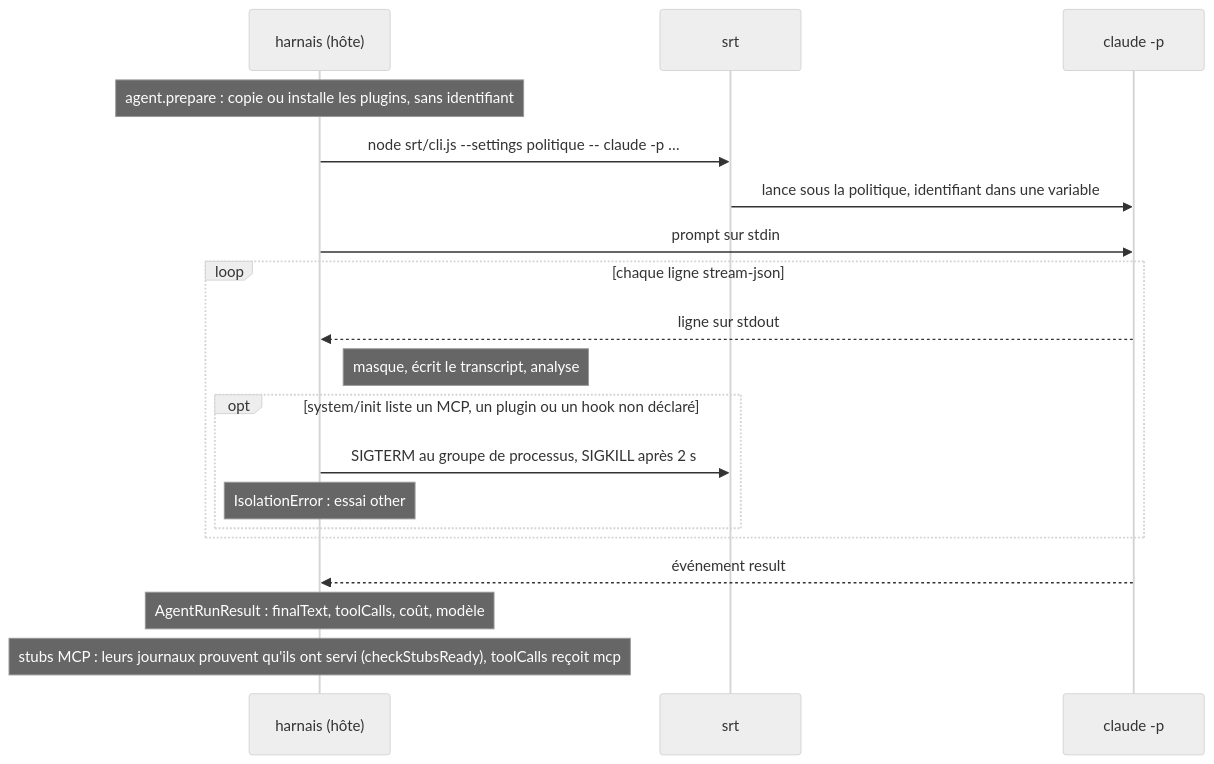
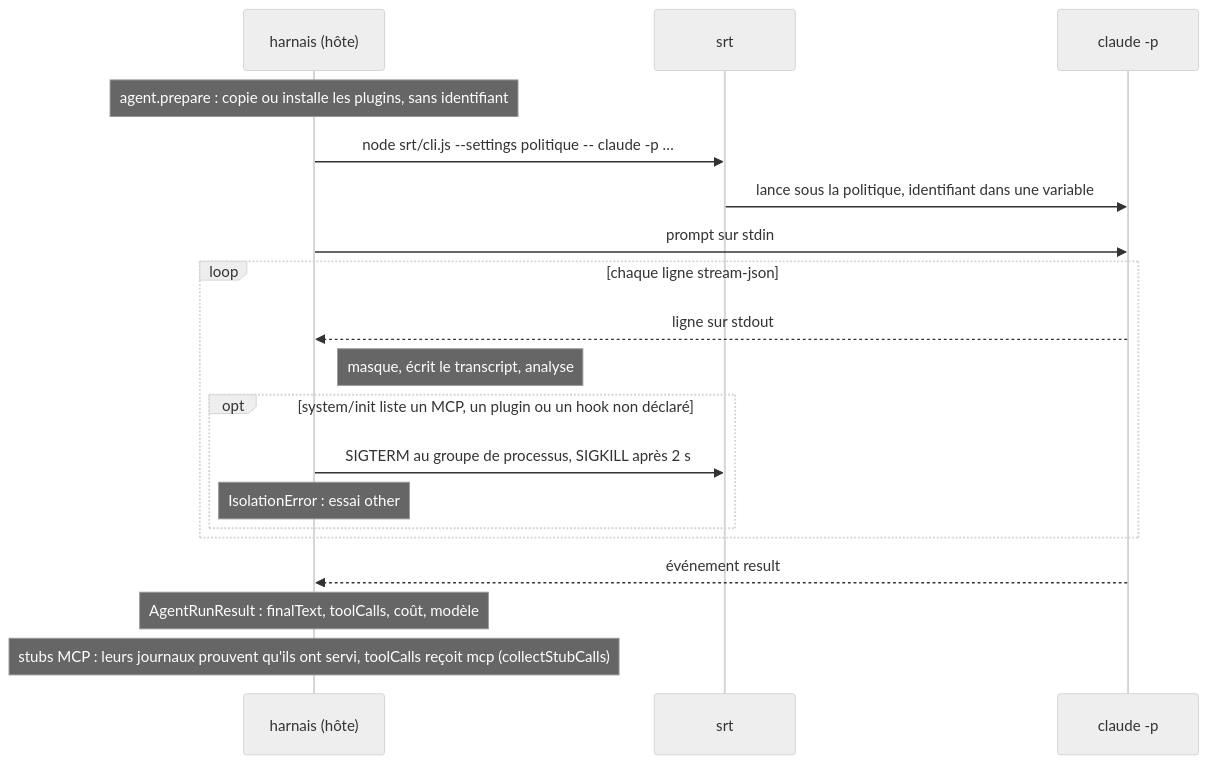
Before and after one commit to Luce-Florian/proctor: the second of 2 diagrams in docs/fr/agents/claude-code/index.md, drawn with Mermaid (neutral theme). The commit also changed 12 other files, not shown here.

First line of the commit message:
docs: MCP stubs

````diff
--- a/docs/fr/agents/claude-code/index.md
+++ b/docs/fr/agents/claude-code/index.md
@@ -16,21 +16,21 @@
 ```mermaid
 sequenceDiagram
     participant H as harnais (hôte)
     participant S as srt
     participant C as claude -p
     Note over H: agent.prepare : copie ou installe les plugins, sans identifiant
     H->>S: node srt/cli.js --settings politique -- claude -p …
     S->>C: lance sous la politique, identifiant dans une variable
     H->>C: prompt sur stdin
     loop chaque ligne stream-json
         C-->>H: ligne sur stdout
         Note right of H: masque, écrit le transcript, analyse
         opt system/init liste un MCP, un plugin ou un hook non déclaré
             H->>S: SIGTERM au groupe de processus, SIGKILL après 2 s
             Note over H: IsolationError : essai other
         end
     end
     C-->>H: événement result
     Note over H: AgentRunResult : finalText, toolCalls, coût, modèle
-    Note over H: stubs MCP : leurs journaux prouvent qu'ils ont servi (checkStubsReady), toolCalls reçoit mcp
+    Note over H: stubs MCP : leurs journaux prouvent qu'ils ont servi, toolCalls reçoit mcp (collectStubCalls)
 ```
````
